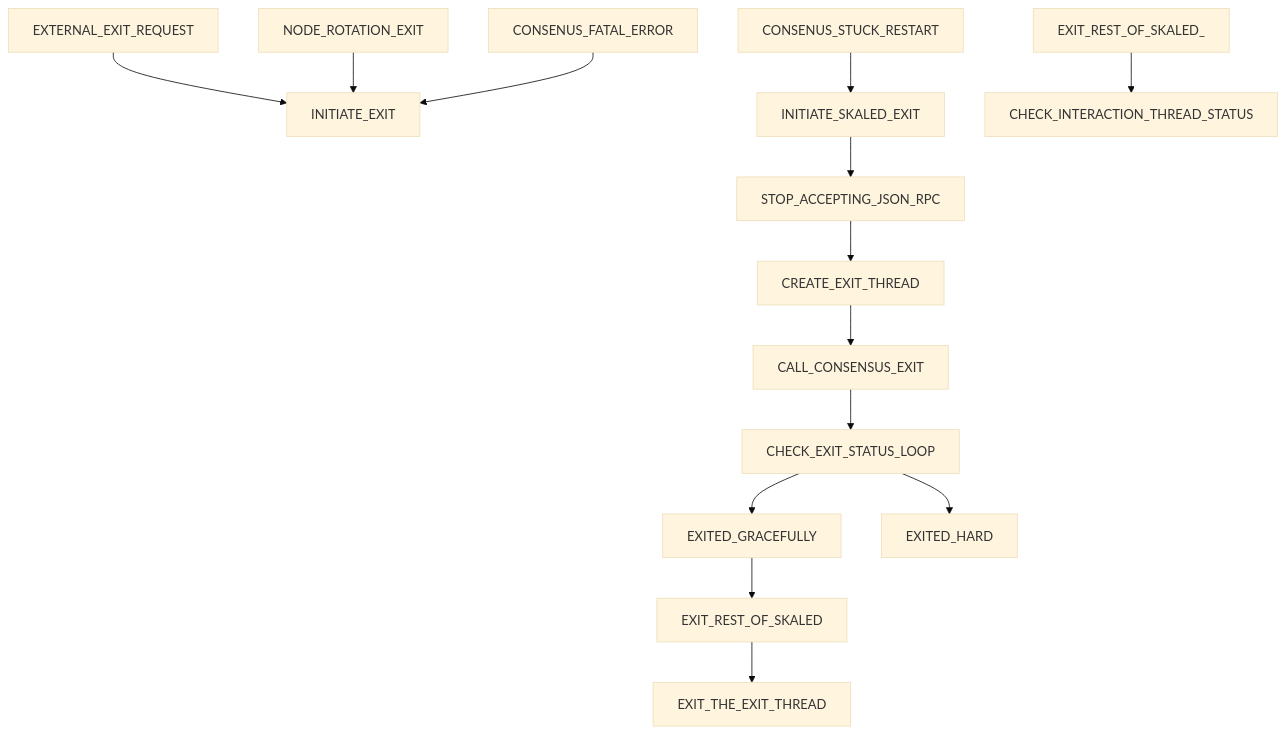
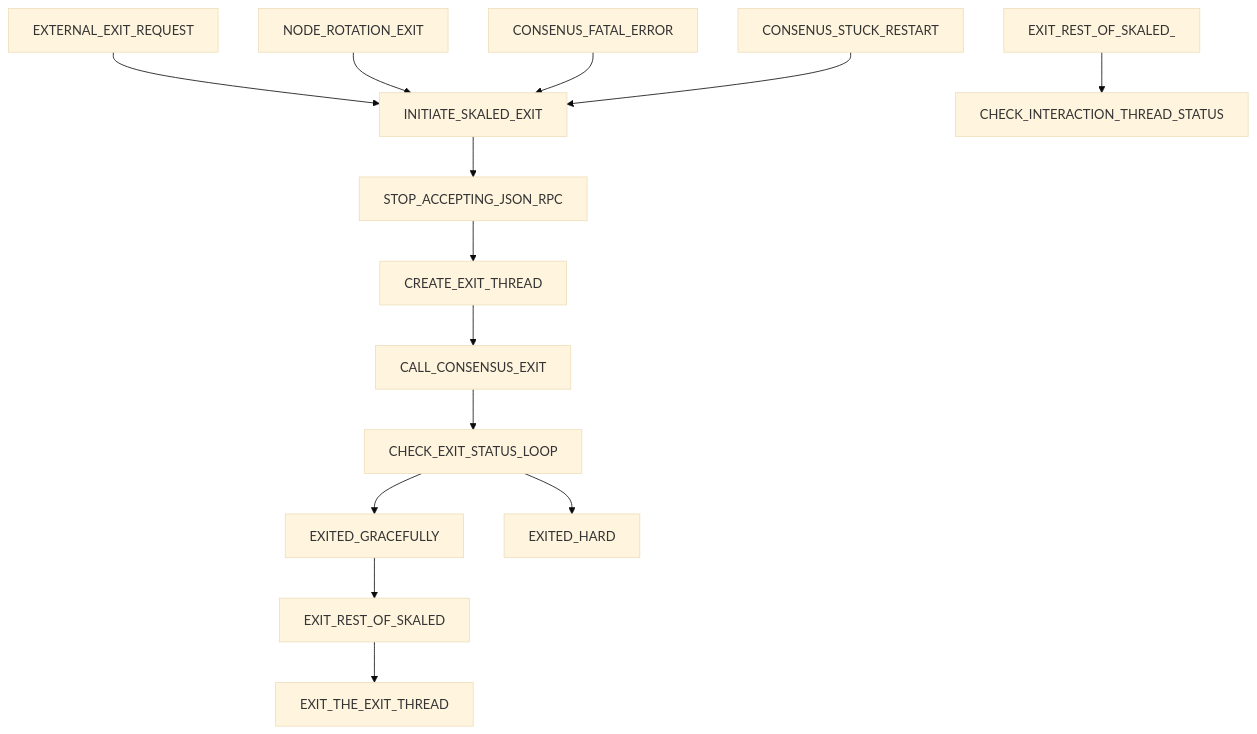
One commit to skalenetwork/skale-consensus changed the diagram in docs/exit.md. Above: the diagram before and after it, drawn with Mermaid (base theme). The commit also changed 1 other file, not shown here.

Commit message:
1425 threading rules

````diff
--- a/docs/exit.md
+++ b/docs/exit.md
@@ -16,17 +16,17 @@
 ```mermaid
 graph TD;
-    EXTERNAL_EXIT_REQUEST-->INITIATE_EXIT
-    NODE_ROTATION_EXIT-->INITIATE_EXIT
-    CONSENUS_FATAL_ERROR-->INITIATE_EXIT
+    EXTERNAL_EXIT_REQUEST-->INITIATE_SKALED_EXIT
+    NODE_ROTATION_EXIT-->INITIATE_SKALED_EXIT
+    CONSENUS_FATAL_ERROR-->INITIATE_SKALED_EXIT
     CONSENUS_STUCK_RESTART-->INITIATE_SKALED_EXIT
     INITIATE_SKALED_EXIT-->STOP_ACCEPTING_JSON_RPC
     STOP_ACCEPTING_JSON_RPC-->CREATE_EXIT_THREAD;
     CREATE_EXIT_THREAD-->CALL_CONSENSUS_EXIT;
     CALL_CONSENSUS_EXIT-->CHECK_EXIT_STATUS_LOOP;
     CHECK_EXIT_STATUS_LOOP-->EXITED_GRACEFULLY;
     EXITED_GRACEFULLY-->EXIT_REST_OF_SKALED;
     EXIT_REST_OF_SKALED-->EXIT_THE_EXIT_THREAD;
     CHECK_EXIT_STATUS_LOOP-->EXITED_HARD;
     EXIT_REST_OF_SKALED_-->CHECK_INTERACTION_THREAD_STATUS;
     CHECK_INTERACTION_THREAD_STATUS
 ```
````
